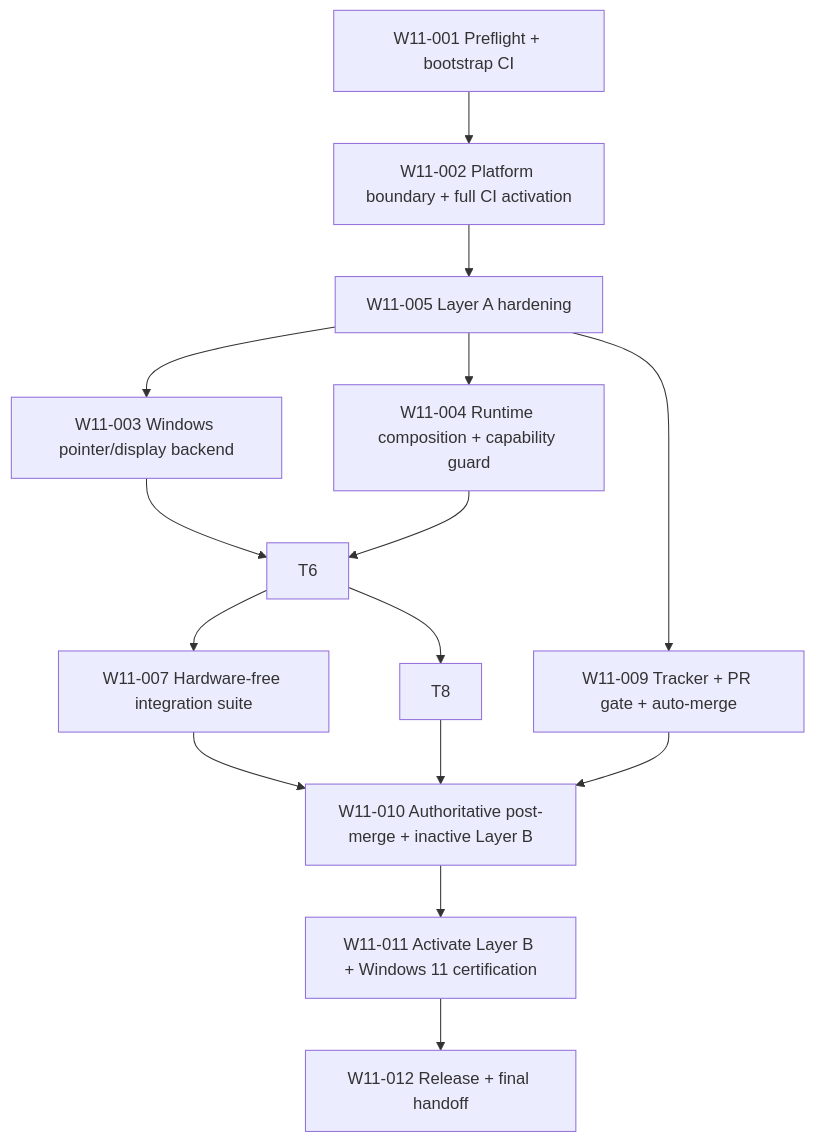
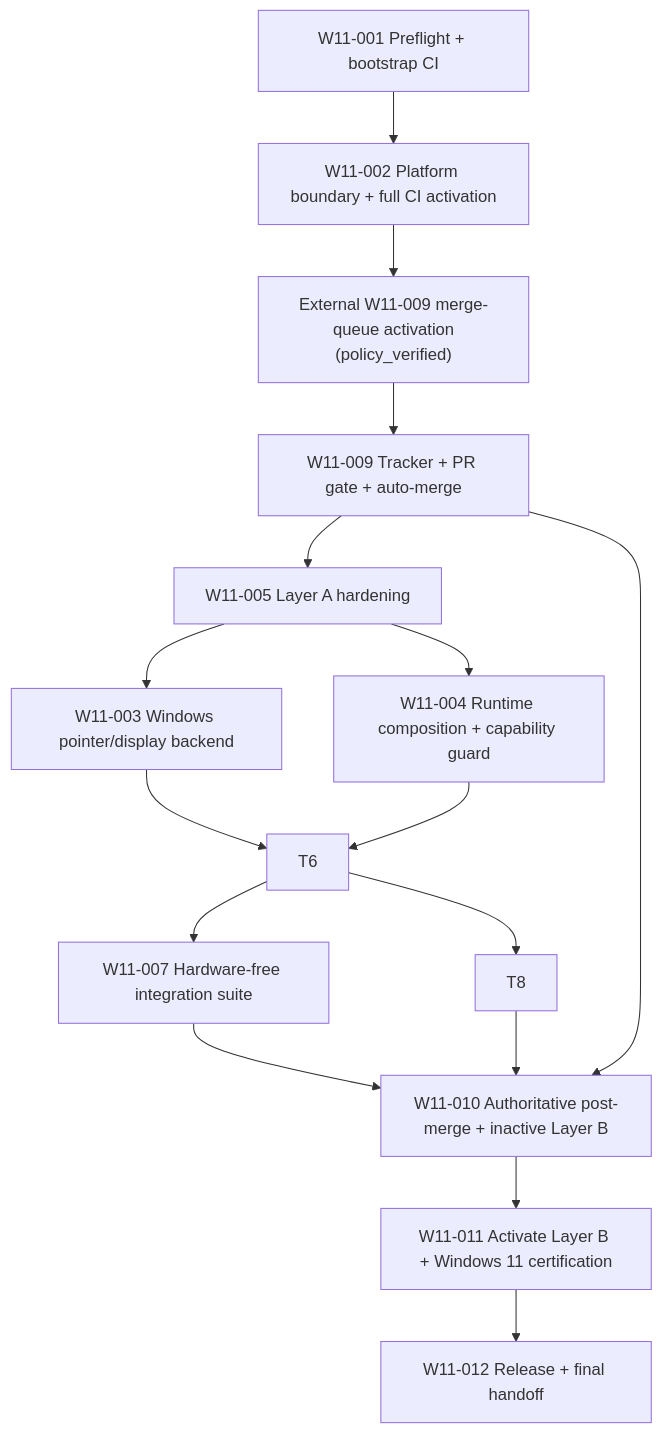
Before and after one commit to Wells-Huang/obs-voice-command-windows: the third of 4 diagrams in docs/plans/2026-08-17-windows-11-port-plan.md, drawn with Mermaid. The commit also changed other lines of this file and 11 other files, not shown here.

Commit message:
W11-009: add merge queue tracker policy (#7)

````diff
--- a/docs/plans/2026-08-17-windows-11-port-plan.md
+++ b/docs/plans/2026-08-17-windows-11-port-plan.md
@@ -142,17 +142,18 @@
 ```mermaid
 flowchart TD
     T1["W11-001 Preflight + bootstrap CI"] --> T2["W11-002 Platform boundary + full CI activation"]
-    T2 --> T5["W11-005 Layer A hardening"]
+    T2 --> Q9["External W11-009 merge-queue activation\n(policy_verified)"]
+    Q9 --> T9["W11-009 Tracker + PR gate + auto-merge"]
+    T9 --> T5["W11-005 Layer A hardening"]
     T5 --> T3["W11-003 Windows pointer/display backend"]
     T5 --> T4["W11-004 Runtime composition + capability guard"]
     T3 --> T6
     T4 --> T6
     T6 --> T7["W11-007 Hardware-free integration suite"]
     T6 --> T8
-    T5 --> T9["W11-009 Tracker + PR gate + auto-merge"]
     T7 --> T10["W11-010 Authoritative post-merge + inactive Layer B"]
     T8 --> T10
     T9 --> T10
     T10 --> T11["W11-011 Activate Layer B + Windows 11 certification"]
     T11 --> T12["W11-012 Release + final handoff"]
 ```
````
